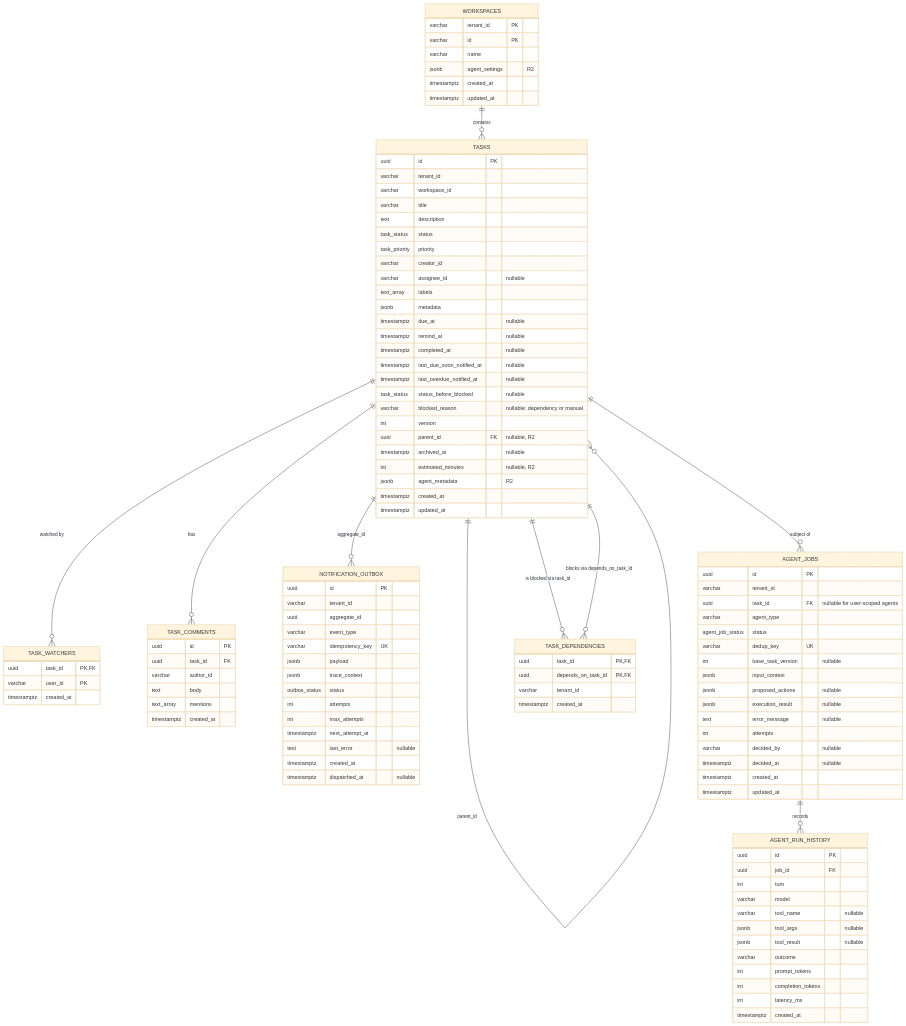
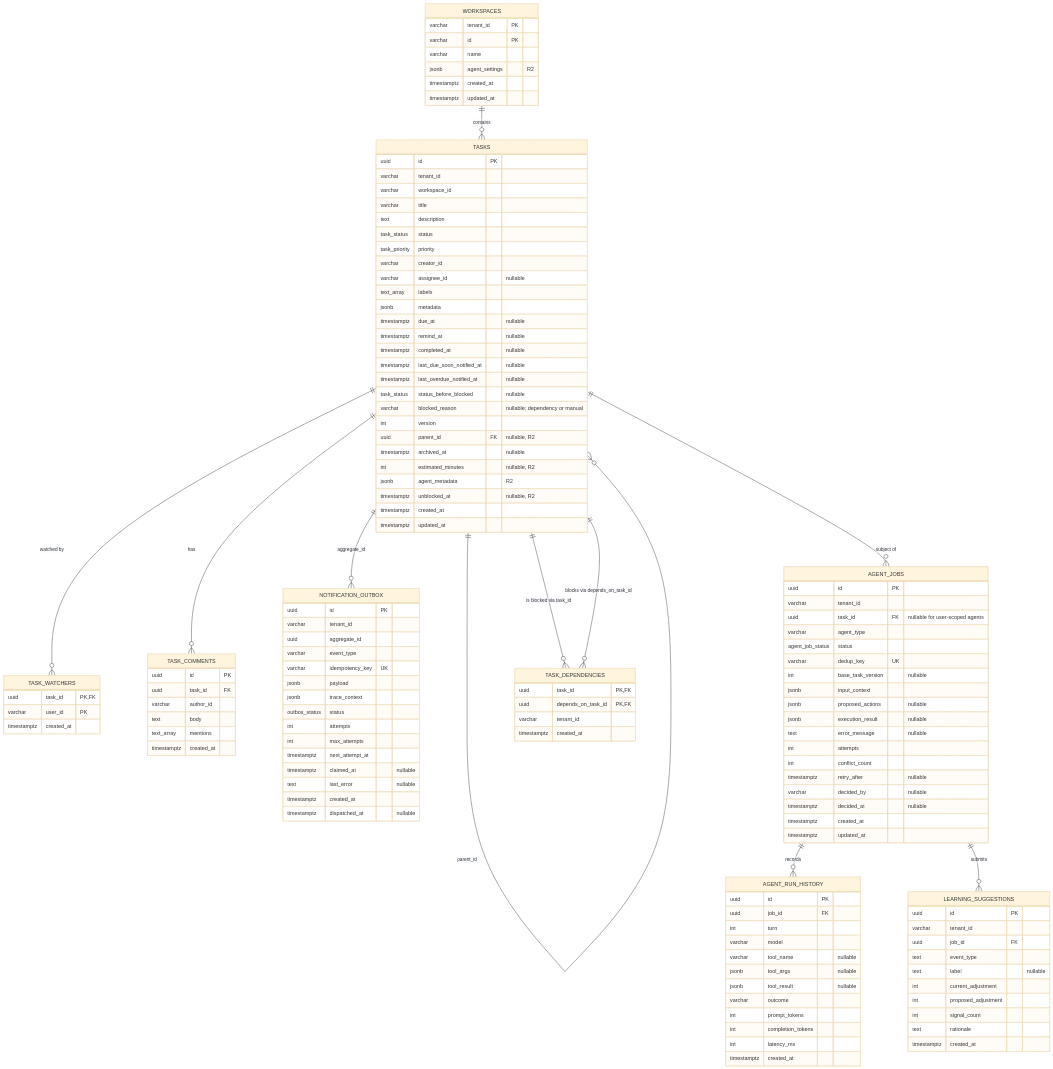
Before and after one commit to rtrtarun/taskify: diagram 11 of 23 in docs/architecture.md, drawn with Mermaid (base theme). The commit also changed other lines of this file, not shown here.

Commit message:
docs(architecture): bring sections 5 to 9 up to what is built through M12

````diff
--- a/docs/architecture.md
+++ b/docs/architecture.md
@@ -415,6 +437,7 @@
     TASKS ||--o{ NOTIFICATION_OUTBOX : "aggregate_id"
     TASKS ||--o{ AGENT_JOBS : "subject of"
     AGENT_JOBS ||--o{ AGENT_RUN_HISTORY : "records"
+    AGENT_JOBS ||--o{ LEARNING_SUGGESTIONS : "submits"
     TASKS ||--o{ TASK_DEPENDENCIES : "is blocked via task_id"
     TASKS ||--o{ TASK_DEPENDENCIES : "blocks via depends_on_task_id"
     WORKSPACES ||--o{ TASKS : "contains"
@@ -458,6 +481,7 @@
         timestamptz archived_at "nullable"
         int estimated_minutes "nullable, R2"
         jsonb agent_metadata "R2"
+        timestamptz unblocked_at "nullable, R2"
         timestamptz created_at
         timestamptz updated_at
     }
@@ -486,6 +510,7 @@
         int attempts
         int max_attempts
         timestamptz next_attempt_at
+        timestamptz claimed_at "nullable"
         text last_error "nullable"
         timestamptz created_at
         timestamptz dispatched_at "nullable"
@@ -503,6 +528,8 @@
         jsonb execution_result "nullable"
         text error_message "nullable"
         int attempts
+        int conflict_count
+        timestamptz retry_after "nullable"
         varchar decided_by "nullable"
         timestamptz decided_at "nullable"
         timestamptz created_at
@@ -522,4 +549,16 @@
         int latency_ms
         timestamptz created_at
     }
+    LEARNING_SUGGESTIONS {
+        uuid id PK
+        varchar tenant_id
+        uuid job_id FK
+        text event_type
+        text label "nullable"
+        int current_adjustment
+        int proposed_adjustment
+        int signal_count
+        text rationale
+        timestamptz created_at
+    }
 ```
````
